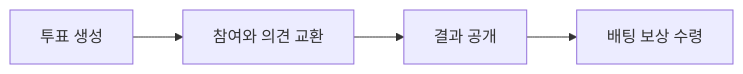
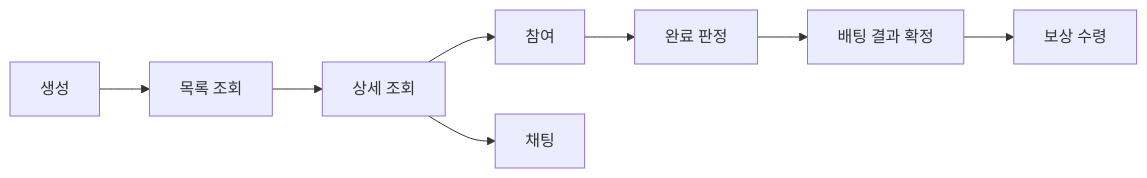
Before and after one commit to jei-seesaw/seesaw-api: the third of 10 diagrams in README.md, drawn with Mermaid. The commit also changed other lines of this file, not shown here.

````diff
--- a/README.md
+++ b/README.md
@@ -23,6 +91,19 @@
 ```mermaid
 flowchart LR
-  Create[투표 생성] --> Participate[참여와 의견 교환]
-  Participate --> Result[결과 공개]
-  Result --> Reward[배팅 보상 수령]
+  Create[생성]
+  List[목록 조회]
+  Detail[상세 조회]
+  Participate[참여]
+  Complete[완료 판정]
+  Settle[배팅 결과 확정]
+  Claim[보상 수령]
+  Chat[채팅]
+
+  Create --> List
+  List --> Detail
+  Detail --> Participate
+  Participate --> Complete
+  Complete --> Settle
+  Settle --> Claim
+  Detail --> Chat
 ```
````
